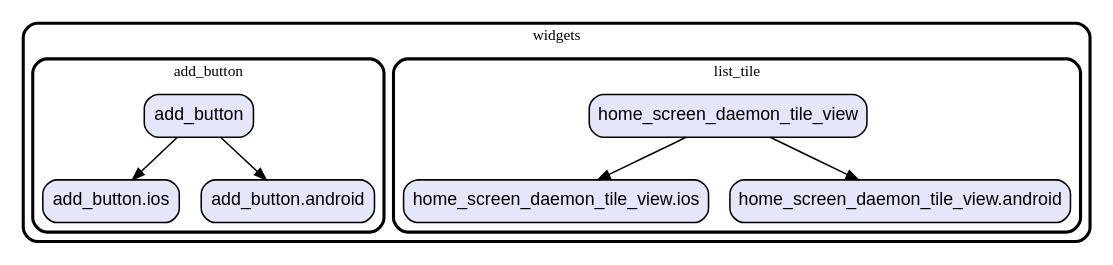
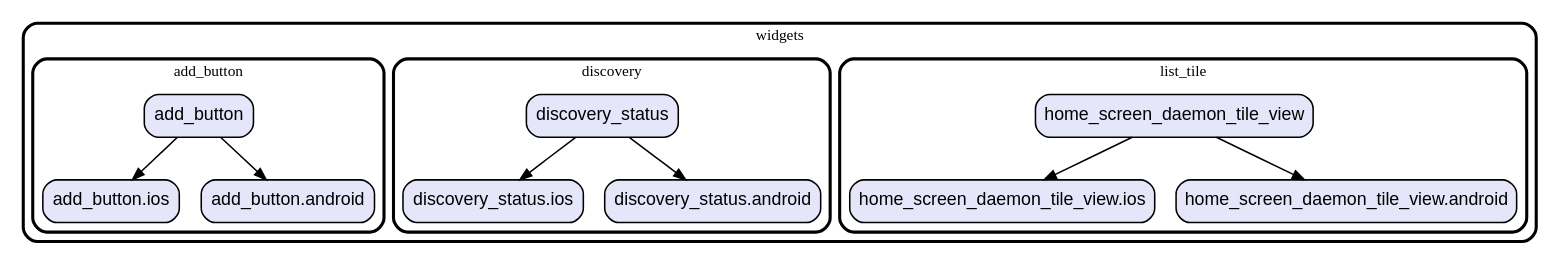
One commit to gev/reacthome-mobile changed the diagram in graph/lib/ui/widgets.dot. Above: the diagram before and after it, drawn with Graphviz. The commit also changed 19 other files, not shown here.

Commit message:
update dependencies graph

```diff
--- a/graph/lib/ui/widgets.dot
+++ b/graph/lib/ui/widgets.dot
@@ -1,30 +1,41 @@
 digraph "" {
   graph [style=rounded fontname="Arial Black" fontsize=13 penwidth=2.6];
   node [shape=rect style="filled,rounded" fontname=Arial fontsize=15 fillcolor=Lavender penwidth=1.3];
   edge [penwidth=1.3];
   "/list_tile/home_screen_daemon_tile_view.ios.dart" [label="home_screen_daemon_tile_view.ios"];
   "/list_tile/home_screen_daemon_tile_view.android.dart" [label="home_screen_daemon_tile_view.android"];
   "/list_tile/home_screen_daemon_tile_view.dart" [label="home_screen_daemon_tile_view"];
+  "/discovery/discovery_status.dart" [label="discovery_status"];
+  "/discovery/discovery_status.ios.dart" [label="discovery_status.ios"];
+  "/discovery/discovery_status.android.dart" [label="discovery_status.android"];
   "/add_button/add_button.dart" [label="add_button"];
   "/add_button/add_button.ios.dart" [label="add_button.ios"];
   "/add_button/add_button.android.dart" [label="add_button.android"];
   subgraph "cluster~" {
     label="widgets";
     subgraph "cluster~/list_tile" {
       label="list_tile";
       "/list_tile/home_screen_daemon_tile_view.ios.dart";
       "/list_tile/home_screen_daemon_tile_view.android.dart";
       "/list_tile/home_screen_daemon_tile_view.dart";
     }
+    subgraph "cluster~/discovery" {
+      label="discovery";
+      "/discovery/discovery_status.dart";
+      "/discovery/discovery_status.ios.dart";
+      "/discovery/discovery_status.android.dart";
+    }
     subgraph "cluster~/add_button" {
       label="add_button";
       "/add_button/add_button.dart";
       "/add_button/add_button.ios.dart";
       "/add_button/add_button.android.dart";
     }
   }
   "/list_tile/home_screen_daemon_tile_view.dart" -> "/list_tile/home_screen_daemon_tile_view.android.dart";
   "/list_tile/home_screen_daemon_tile_view.dart" -> "/list_tile/home_screen_daemon_tile_view.ios.dart";
+  "/discovery/discovery_status.dart" -> "/discovery/discovery_status.android.dart";
+  "/discovery/discovery_status.dart" -> "/discovery/discovery_status.ios.dart";
   "/add_button/add_button.dart" -> "/add_button/add_button.android.dart";
   "/add_button/add_button.dart" -> "/add_button/add_button.ios.dart";
 }
```
